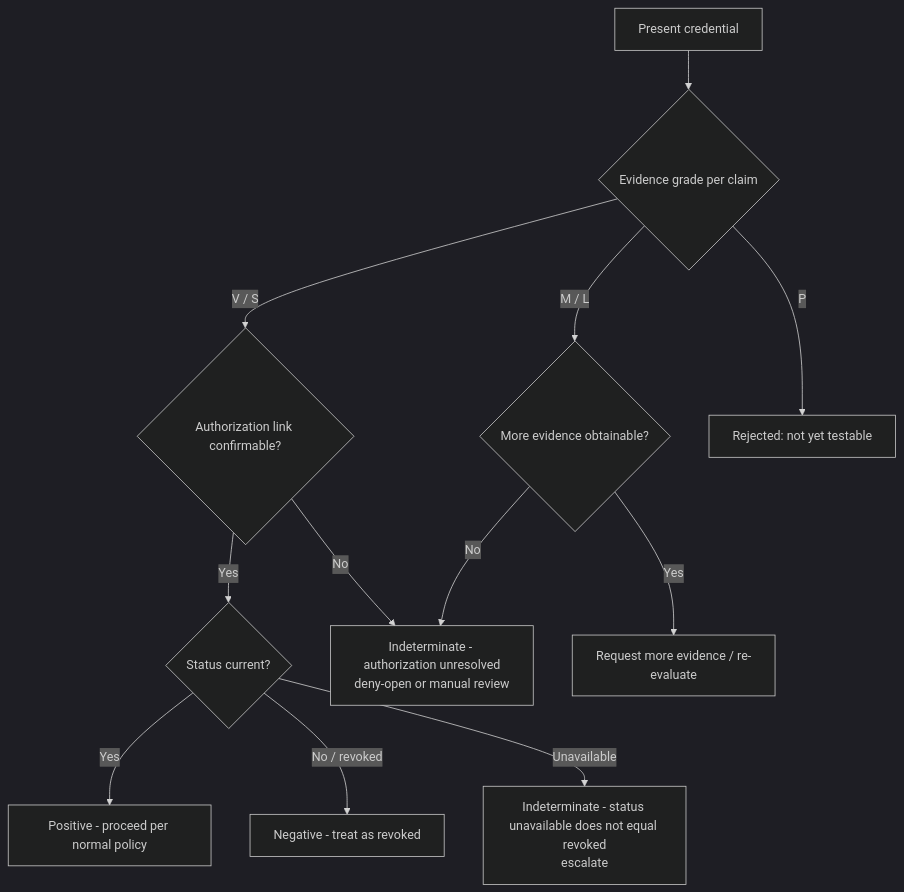
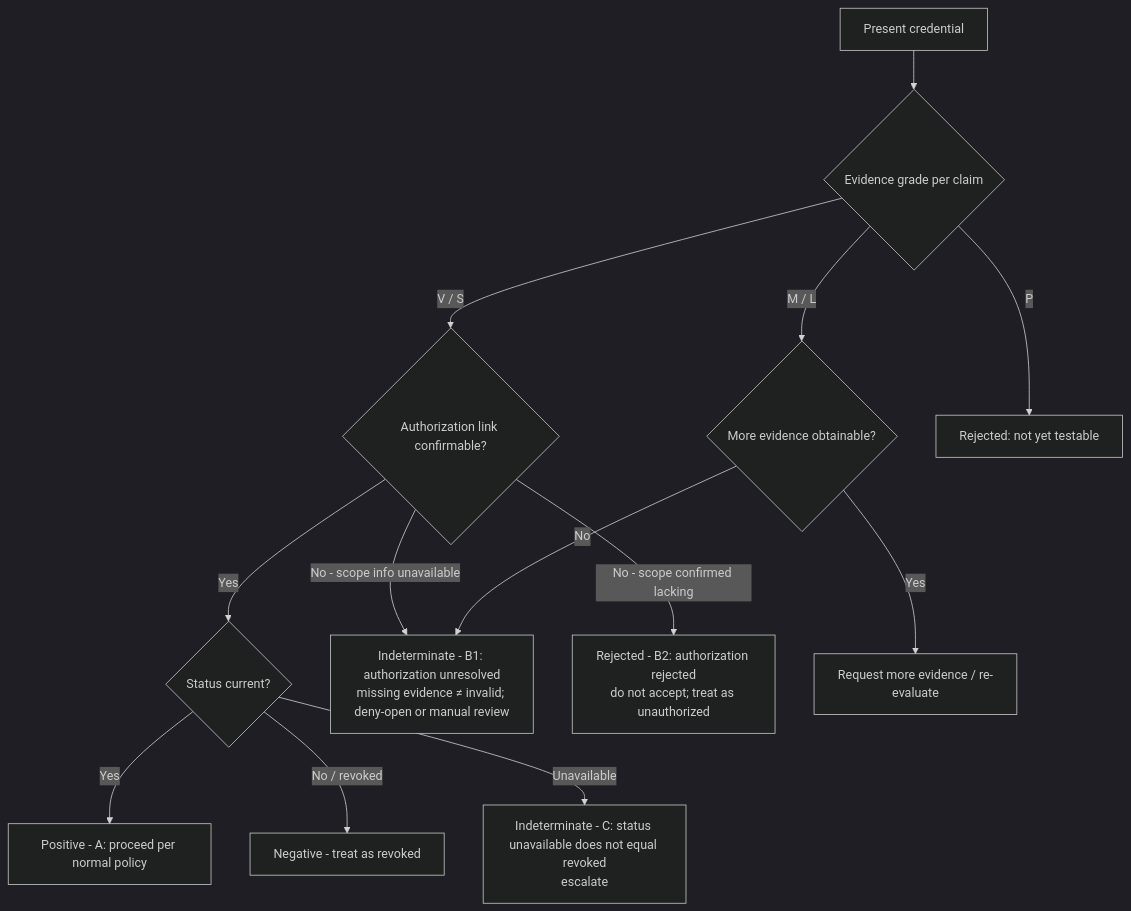
One commit to LGD-Eval/evaluation-protocol changed the first of 2 diagrams in worked-examples/cases/README.md. Above: the diagram before and after it, drawn with Mermaid (dark theme). The commit also changed other lines of this file and 17 other files, not shown here.

````diff
--- a/worked-examples/cases/README.md
+++ b/worked-examples/cases/README.md
@@ -13,14 +23,15 @@
 ```mermaid
 flowchart TD
     A[Present credential] --> B{Evidence grade per claim}
     B -->|V / S| C{Authorization link confirmable?}
     B -->|M / L| D{More evidence obtainable?}
     B -->|P| E[Rejected: not yet testable]
     C -->|Yes| F{Status current?}
-    C -->|No| G[Indeterminate - authorization unresolved<br/>deny-open or manual review]
-    F -->|Yes| H[Positive - proceed per normal policy]
+    C -->|No - scope info unavailable| G[Indeterminate - B1: authorization unresolved<br/>missing evidence ≠ invalid; deny-open or manual review]
+    C -->|No - scope confirmed lacking| G2[Rejected - B2: authorization rejected<br/>do not accept; treat as unauthorized]
+    F -->|Yes| H[Positive - A: proceed per normal policy]
     F -->|No / revoked| I[Negative - treat as revoked]
-    F -->|Unavailable| J[Indeterminate - status unavailable does not equal revoked<br/>escalate]
+    F -->|Unavailable| J[Indeterminate - C: status unavailable does not equal revoked<br/>escalate]
     D -->|Yes| K[Request more evidence / re-evaluate]
     D -->|No| G
 ```
````
